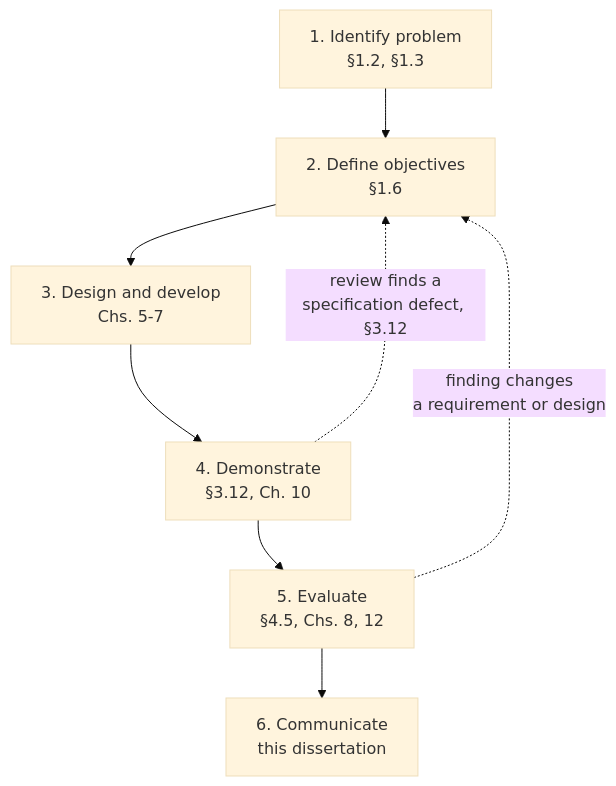
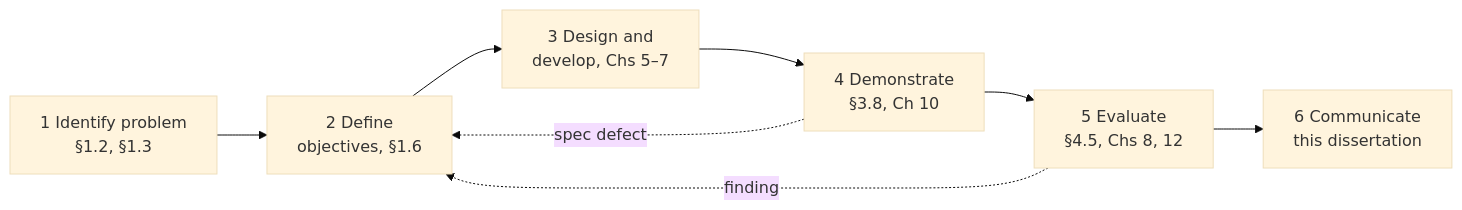
The second of 5 diagrams in docs/book/04-methodology.md (shalin-rahman/GHCAA), drawn with Mermaid (base theme) before and after one commit. The commit also changed other lines of this file and 42 other files, not shown here.

````diff
--- a/docs/book/04-methodology.md
+++ b/docs/book/04-methodology.md
@@ -475,10 +466,6 @@
 ```mermaid
-flowchart TB
-    A1[1. Identify problem<br/>§1.2, §1.3] --> A2[2. Define objectives<br/>§1.6]
-    A2 --> A3[3. Design and develop<br/>Chs. 5-7]
-    A3 --> A4[4. Demonstrate<br/>§3.12, Ch. 10]
-    A4 --> A5[5. Evaluate<br/>§4.5, Chs. 8, 12]
-    A5 --> A6[6. Communicate<br/>this dissertation]
-    A5 -.->|finding changes<br/>a requirement or design| A2
-    A4 -.->|review finds a<br/>specification defect, §3.12| A2
+flowchart LR
+    A1[1 Identify problem<br/>§1.2, §1.3] --> A2[2 Define<br/>objectives, §1.6] --> A3[3 Design and<br/>develop, Chs 5–7] --> A4[4 Demonstrate<br/>§3.8, Ch 10] --> A5[5 Evaluate<br/>§4.5, Chs 8, 12] --> A6[6 Communicate<br/>this dissertation]
+    A5 -.->|finding| A2
+    A4 -.->|spec defect| A2
 ```
````
